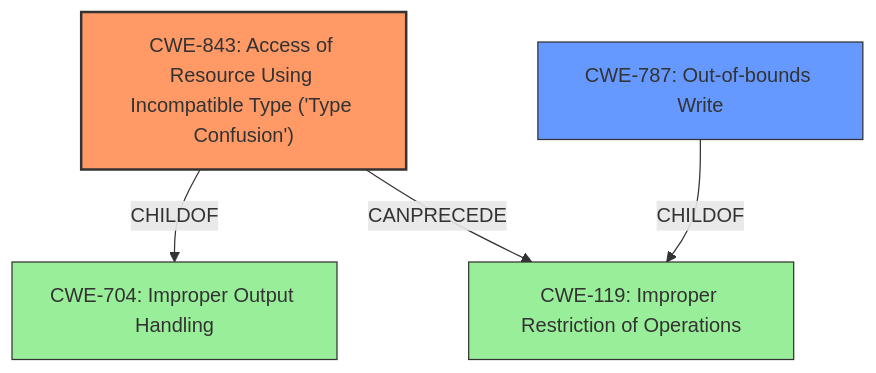
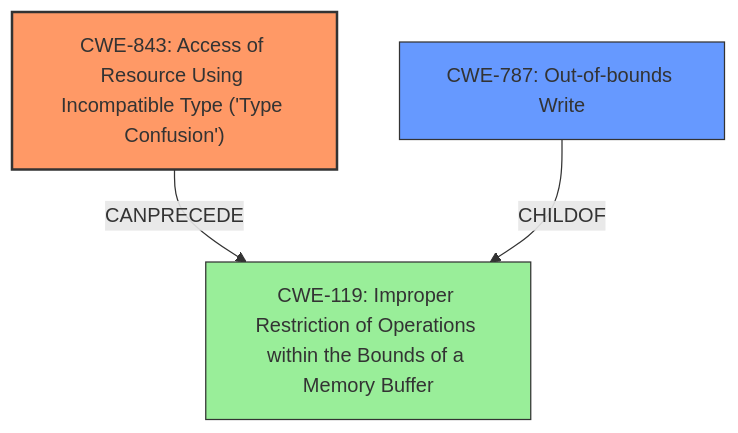
The diagram in CVE-2021-1789/CVE-2021-1789_analysis.md (CyberSecAI/cwe_agent_assign_reports_2023), drawn with Mermaid before and after one commit. The commit also changed other lines of this file and 902 other files, not shown here.

````diff
--- a/CVE-2021-1789/CVE-2021-1789_analysis.md
+++ b/CVE-2021-1789/CVE-2021-1789_analysis.md
@@ -19,18 +17,16 @@
 ```mermaid
 graph TD
     cwe843["CWE-843: Access of Resource Using Incompatible Type ('Type Confusion')"]
-    cwe119["CWE-119: Improper Restriction of Operations"]
-    cwe704["CWE-704: Improper Output Handling"]
+    cwe119["CWE-119: Improper Restriction of Operations within the Bounds of a Memory Buffer"]
     cwe787["CWE-787: Out-of-bounds Write"]
-    
-    cwe843 -->|CHILDOF| cwe704
+
     cwe843 -->|CANPRECEDE| cwe119
     cwe787 -->|CHILDOF| cwe119
-    
+
     classDef primary fill:#f96,stroke:#333,stroke-width:2px
     classDef secondary fill:#69f,stroke:#333
     classDef tertiary fill:#9e9,stroke:#333
     class cwe843 primary
     class cwe787 secondary
-    class cwe119,cwe704 tertiary
+    class cwe119 tertiary
 ```
````
